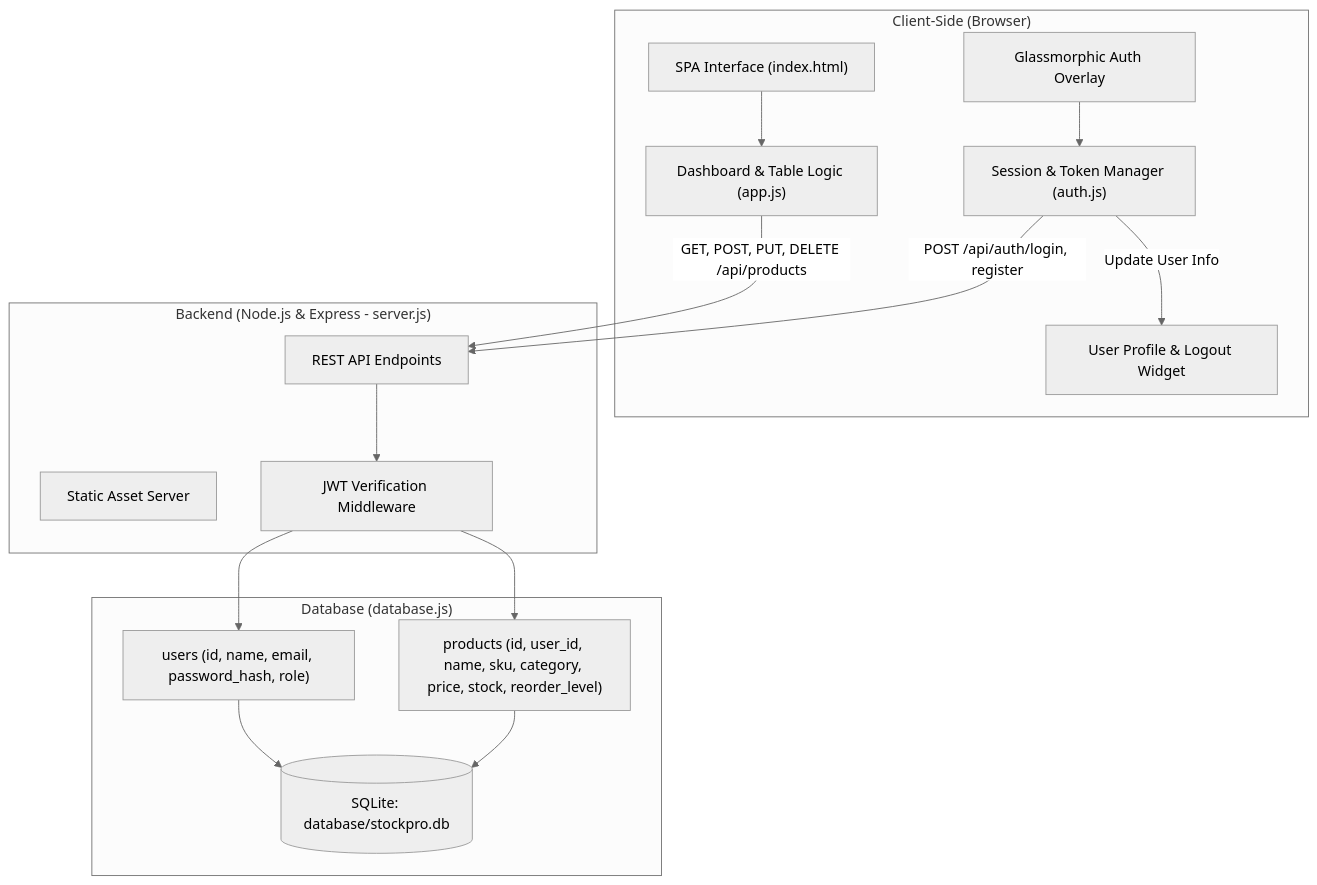
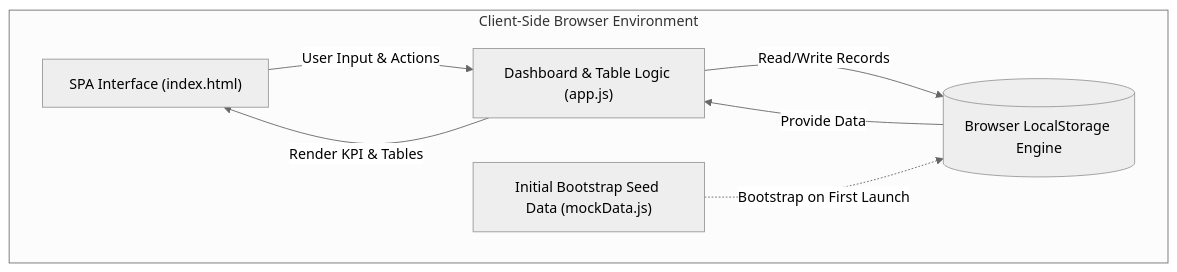
Before and after one commit to HarshOp03/inventory-billing-app: the diagram in README.md, drawn with Mermaid (neutral theme). The commit also changed other lines of this file and 5 other files, not shown here.

````diff
--- a/README.md
+++ b/README.md
@@ -47,33 +47,15 @@
 ```mermaid
 flowchart TD
-    subgraph Browser ["Client-Side (Browser)"]
+    subgraph Browser ["Client-Side Browser Environment"]
         UI["SPA Interface (index.html)"]
-        AuthUI["Glassmorphic Auth Overlay"]
-        AuthScript["Session & Token Manager (auth.js)"]
         AppScript["Dashboard & Table Logic (app.js)"]
-        Header["User Profile & Logout Widget"]
+        MockData["Initial Bootstrap Seed Data (mockData.js)"]
+        StorageEngine[("Browser LocalStorage Engine")]
     end
 
-    subgraph Server ["Backend (Node.js & Express - server.js)"]
-        Static["Static Asset Server"]
-        Router["REST API Endpoints"]
-        AuthMW["JWT Verification Middleware"]
-    end
-
-    subgraph Storage ["Database (database.js)"]
-        Engine[("SQLite: database/stockpro.db")]
-        UsersTable["users (id, name, email, password_hash, role)"]
-        ProductsTable["products (id, user_id, name, sku, category, price, stock, reorder_level)"]
-    end
-
-    UI --> AppScript
-    AuthUI --> AuthScript
-    AuthScript -->|POST /api/auth/login, register| Router
-    AppScript -->|GET, POST, PUT, DELETE /api/products| Router
-    Router --> AuthMW
-    AuthMW --> UsersTable
-    AuthMW --> ProductsTable
-    UsersTable --> Engine
-    ProductsTable --> Engine
-    AuthScript -->|Update User Info| Header
+    UI -->|User Input & Actions| AppScript
+    AppScript -->|Read/Write Records| StorageEngine
+    MockData -.->|Bootstrap on First Launch| StorageEngine
+    StorageEngine -->|Provide Data| AppScript
+    AppScript -->|Render KPI & Tables| UI
 ```
````
